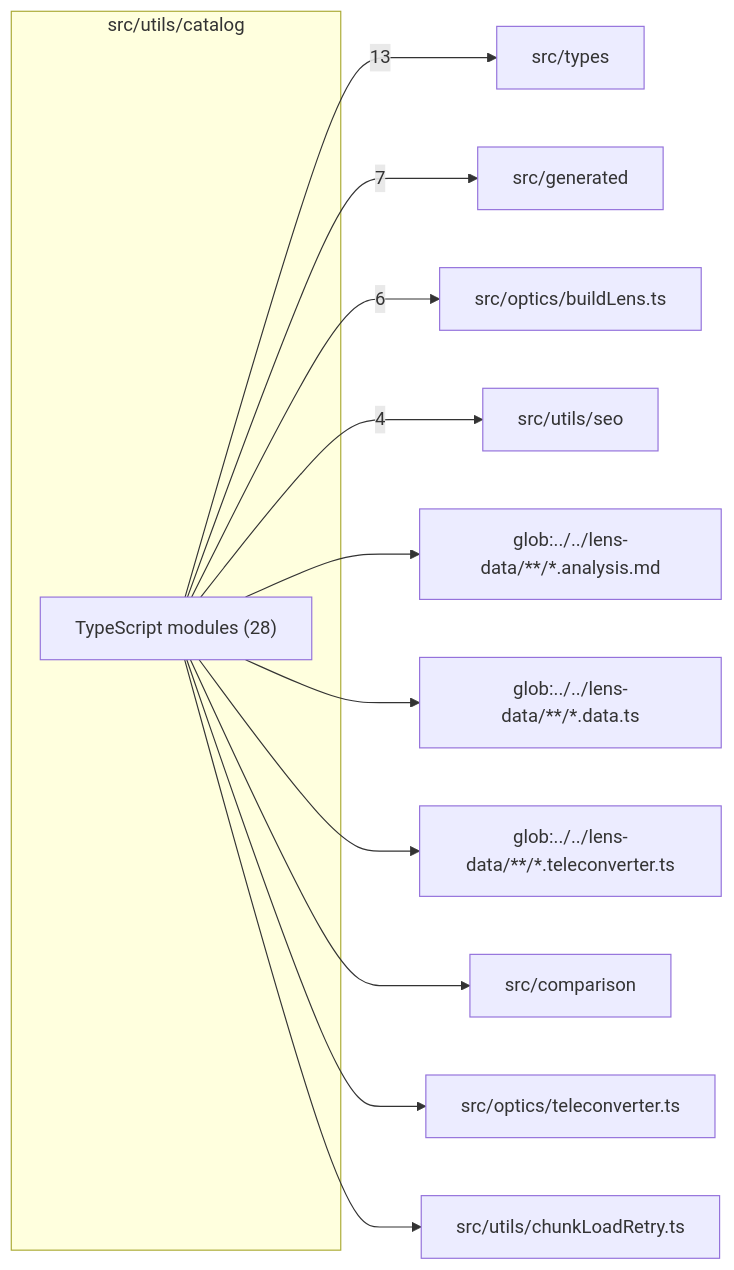
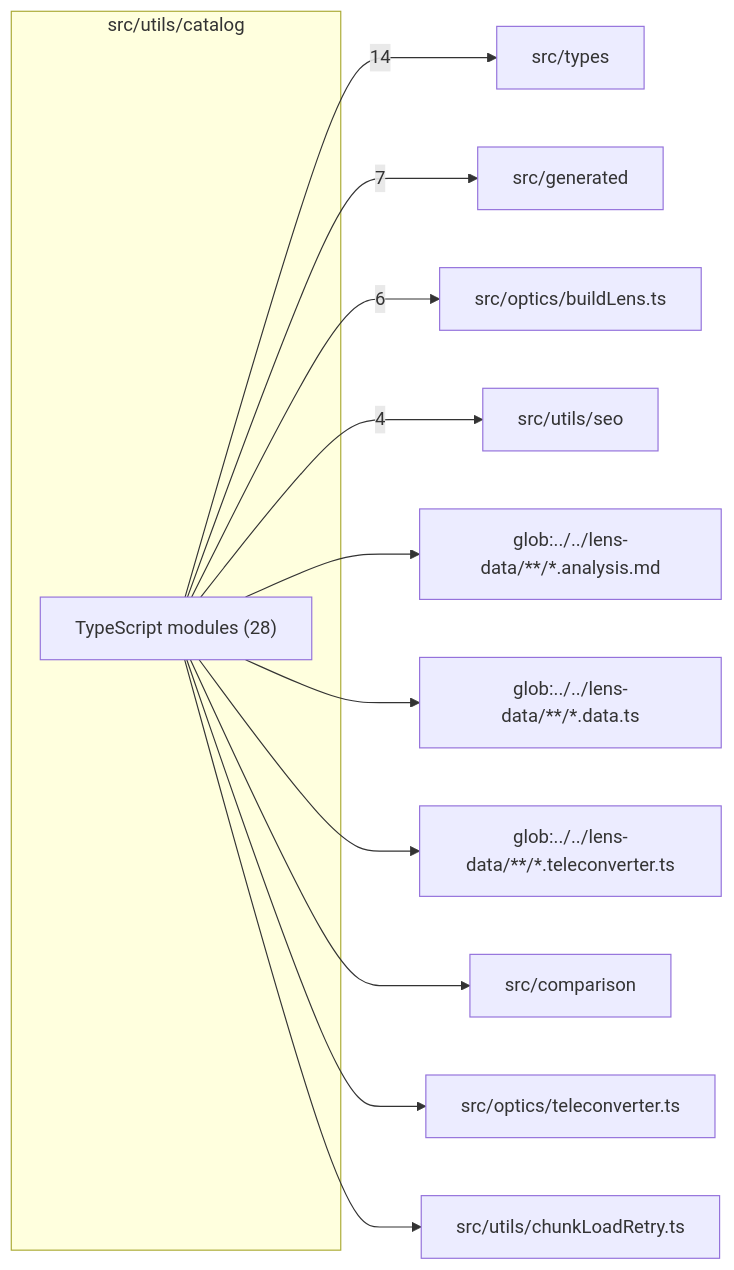
The diagram in src/utils/catalog/readme.md (ronbuening/LensVisualizer), drawn with Mermaid before and after one commit. The commit also changed other lines of this file and 8 other files, not shown here.

````diff
--- a/src/utils/catalog/readme.md
+++ b/src/utils/catalog/readme.md
@@ -9,26 +9,26 @@
 ```mermaid
 flowchart LR
   subgraph n_src_utils_catalog["src/utils/catalog"]
     n_src_utils_catalog_TypeScript_modules["TypeScript modules (28)"]
   end
   n_external_src_types["src/types"]
   n_external_src_generated["src/generated"]
   n_external_src_optics_buildLens_ts["src/optics/buildLens.ts"]
   n_external_src_utils_seo["src/utils/seo"]
   n_external_glob_______lens_data______analysis_md["glob:../../lens-data/**/*.analysis.md"]
   n_external_glob_______lens_data______data_ts["glob:../../lens-data/**/*.data.ts"]
   n_external_glob_______lens_data______teleconverter_ts["glob:../../lens-data/**/*.teleconverter.ts"]
   n_external_src_comparison["src/comparison"]
   n_external_src_optics_teleconverter_ts["src/optics/teleconverter.ts"]
   n_external_src_utils_chunkLoadRetry_ts["src/utils/chunkLoadRetry.ts"]
-  n_src_utils_catalog_TypeScript_modules --> |13| n_external_src_types
+  n_src_utils_catalog_TypeScript_modules --> |14| n_external_src_types
   n_src_utils_catalog_TypeScript_modules --> |7| n_external_src_generated
   n_src_utils_catalog_TypeScript_modules --> |6| n_external_src_optics_buildLens_ts
   n_src_utils_catalog_TypeScript_modules --> |4| n_external_src_utils_seo
   n_src_utils_catalog_TypeScript_modules --> n_external_glob_______lens_data______analysis_md
   n_src_utils_catalog_TypeScript_modules --> n_external_glob_______lens_data______data_ts
   n_src_utils_catalog_TypeScript_modules --> n_external_glob_______lens_data______teleconverter_ts
   n_src_utils_catalog_TypeScript_modules --> n_external_src_comparison
   n_src_utils_catalog_TypeScript_modules --> n_external_src_optics_teleconverter_ts
   n_src_utils_catalog_TypeScript_modules --> n_external_src_utils_chunkLoadRetry_ts
 ```
````
